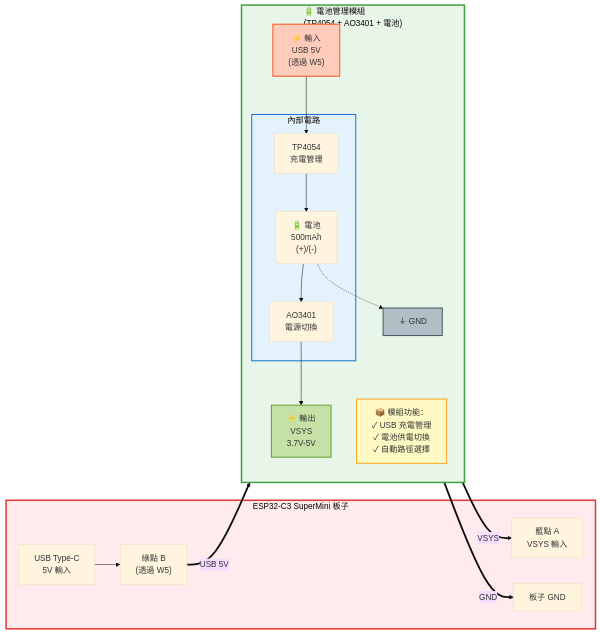
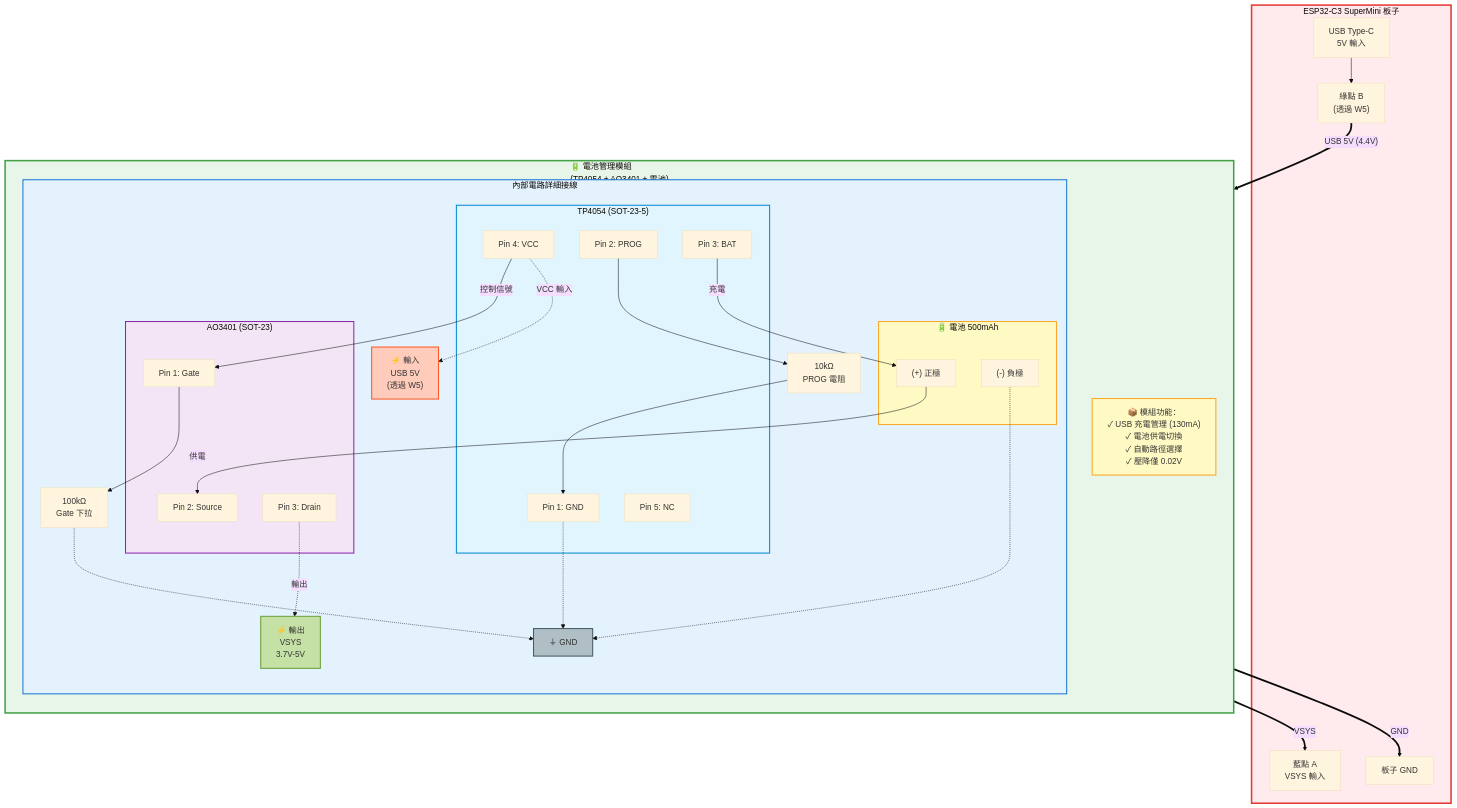
The first of 2 diagrams in battery_management/docs/SUPERMINI_BATTERY_DESIGN.md (DanielYJHsieh/esp32c3), drawn with Mermaid (base theme) before and after one commit. The commit also changed other lines of this file and 1 other file, not shown here.

Commit message:
電池管理模組：新增詳細引腳和電阻接線圖

````diff
--- a/battery_management/docs/SUPERMINI_BATTERY_DESIGN.md
+++ b/battery_management/docs/SUPERMINI_BATTERY_DESIGN.md
@@ -136,45 +136,80 @@
 ```mermaid
-graph LR
+graph TB
     subgraph SUPERMINI["ESP32-C3 SuperMini 板子"]
         USB["USB Type-C<br/>5V 輸入"]
         W5_OUT["綠點 B<br/>(透過 W5)"] 
         VSYS_IN["藍點 A<br/>VSYS 輸入"]
         PCB_GND1["板子 GND"]
     end
     
     subgraph BATTERY_MODULE["🔋 電池管理模組<br/>(TP4054 + AO3401 + 電池)"]
         direction TB
         
         INPUT["⚡ 輸入<br/>USB 5V<br/>(透過 W5)"]
         OUTPUT["⚡ 輸出<br/>VSYS<br/>3.7V-5V"]
         GND_MODULE["⏚ GND"]
         
-        subgraph INTERNAL["內部電路"]
-            TP4054_INT["TP4054<br/>充電管理"]
-            AO3401_INT["AO3401<br/>電源切換"]
-            BATTERY_INT["🔋 電池<br/>500mAh<br/>(+)/(-)"]            
+        subgraph INTERNAL["內部電路詳細接線"]
+            direction TB
+            
+            subgraph TP4054_DETAIL["TP4054 (SOT-23-5)"]
+                TP_PIN1["Pin 1: GND"]
+                TP_PIN2["Pin 2: PROG"]
+                TP_PIN3["Pin 3: BAT"]
+                TP_PIN4["Pin 4: VCC"]
+                TP_PIN5["Pin 5: NC"]
+            end
+            
+            R_PROG["10kΩ<br/>PROG 電阻"]
+            
+            subgraph BATTERY_DETAIL["🔋 電池 500mAh"]
+                BAT_POS["(+) 正極"]
+                BAT_NEG["(-) 負極"]
+            end
+            
+            subgraph AO3401_DETAIL["AO3401 (SOT-23)"]
+                AO_PIN1["Pin 1: Gate"]
+                AO_PIN2["Pin 2: Source"]
+                AO_PIN3["Pin 3: Drain"]
+            end
+            
+            R_GATE["100kΩ<br/>Gate 下拉"]
+            
+            %% TP4054 連接
+            TP_PIN4 -.->|VCC 輸入| INPUT
+            TP_PIN2 --> R_PROG
+            R_PROG --> TP_PIN1
+            TP_PIN3 -->|充電| BAT_POS
+            TP_PIN1 -.-> GND_MODULE
+            
+            %% 電池連接
+            BAT_POS -->|供電| AO_PIN2
+            BAT_NEG -.-> GND_MODULE
+            
+            %% AO3401 連接
+            TP_PIN4 -->|控制信號| AO_PIN1
+            AO_PIN1 --> R_GATE
+            R_GATE -.-> GND_MODULE
+            AO_PIN3 -.->|輸出| OUTPUT
         end
         
-        INPUT --> TP4054_INT
-        TP4054_INT --> BATTERY_INT
-        BATTERY_INT --> AO3401_INT
-        AO3401_INT --> OUTPUT
-        BATTERY_INT -.-> GND_MODULE
-        
-        NOTE_MODULE["📦 模組功能：<br/>✓ USB 充電管理<br/>✓ 電池供電切換<br/>✓ 自動路徑選擇"]:::noteStyle
+        NOTE_MODULE["📦 模組功能：<br/>✓ USB 充電管理 (130mA)<br/>✓ 電池供電切換<br/>✓ 自動路徑選擇<br/>✓ 壓降僅 0.02V"]:::noteStyle
     end
     
     USB --> W5_OUT
-    W5_OUT ==>|"USB 5V"| INPUT
+    W5_OUT ==>|"USB 5V (4.4V)"| INPUT
     OUTPUT ==>|"VSYS"| VSYS_IN
     GND_MODULE ==>|"GND"| PCB_GND1
     
     classDef noteStyle fill:#fff9c4,stroke:#f9a825,stroke-width:2px
     
     style SUPERMINI fill:#ffebee,stroke:#e53935,stroke-width:3px
     style BATTERY_MODULE fill:#e8f5e9,stroke:#43a047,stroke-width:3px
     style INTERNAL fill:#e3f2fd,stroke:#1976d2,stroke-width:2px
+    style TP4054_DETAIL fill:#e1f5ff,stroke:#0288d1,stroke-width:2px
+    style BATTERY_DETAIL fill:#fff9c4,stroke:#f9a825,stroke-width:2px
+    style AO3401_DETAIL fill:#f3e5f5,stroke:#8e24aa,stroke-width:2px
     style INPUT fill:#ffccbc,stroke:#ff5722,stroke-width:2px
     style OUTPUT fill:#c5e1a5,stroke:#689f38,stroke-width:2px
     style GND_MODULE fill:#b0bec5,stroke:#455a64,stroke-width:2px
 ```
````
